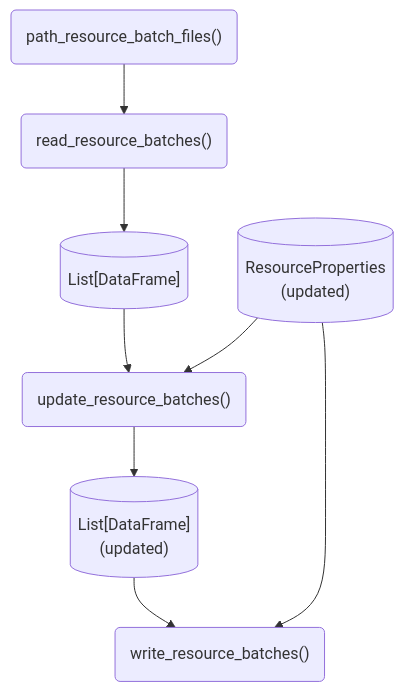
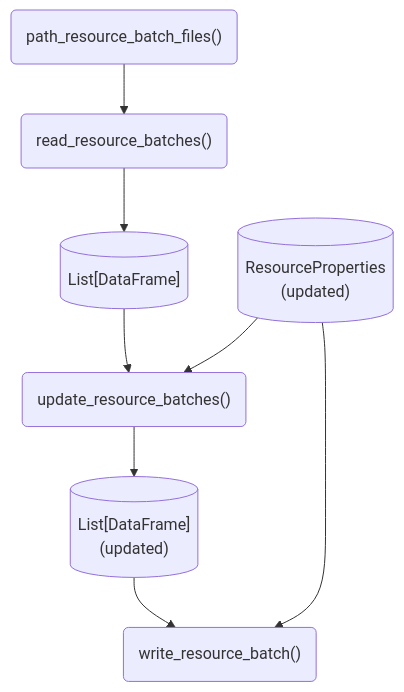
Diagram 11 of 12 in docs/design/interface/flows.qmd (signekb/seedcase-sprout), drawn with Mermaid before and after one commit. The commit also changed other lines of this file and 1 other file, not shown here.

Commit message:
docs: :pencil2: `write_resource_batches()` -> `write_resource_batch()` (#1254)
## Description

To fit the name of the implemented function #1213

<!-- Select quick/in-depth as necessary -->
This PR needs no review.

## Checklist

- [X] Updated documentation
- [X] Ran `just run-all`

````diff
--- a/docs/design/interface/flows.qmd
+++ b/docs/design/interface/flows.qmd
@@ -357,21 +357,21 @@
 ```{mermaid}
 %%| label: fig-flow-modify-data-types
 %%| fig-cap: "Diagram showing the flow of objects and functions to modify data types or table schema."
 %%| fig-alt: "A flow diagram showing the steps to modify data types or table schema."
 flowchart
     path_resource_batch_files("path_resource_batch_files()")
     read_resource_batches("read_resource_batches()")
     properties_updated[("ResourceProperties<br>(updated)")]
     list_data[("List[DataFrame]")]
     list_data_updated[("List[DataFrame]<br>(updated)")]
     update_resource_batches("update_resource_batches()")
-    write_resource_batches("write_resource_batches()")
+    write_resource_batch("write_resource_batch()")
 
     path_resource_batch_files --> read_resource_batches
     read_resource_batches --> list_data
     list_data --> update_resource_batches
     properties_updated --> update_resource_batches
     update_resource_batches --> list_data_updated
-    list_data_updated --> write_resource_batches
-    properties_updated --> write_resource_batches
+    list_data_updated --> write_resource_batch
+    properties_updated --> write_resource_batch
 ```
````
